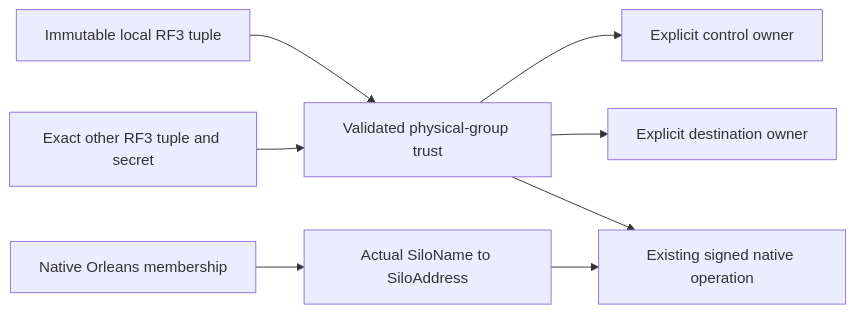
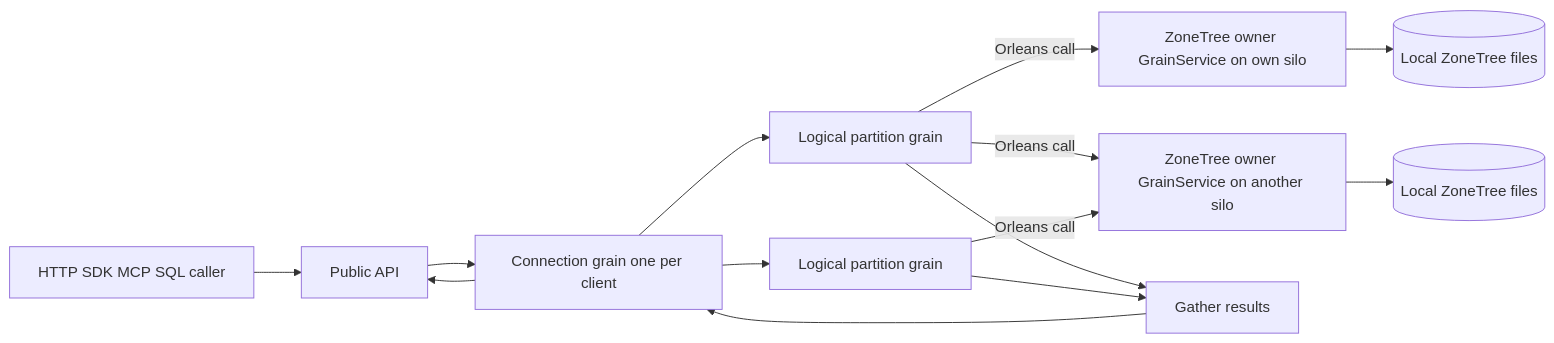
Before and after one commit to managedcode/KeyLoad: the diagram in docs/Features/ClusterRouting.md, drawn with Mermaid. The commit also changed other lines of this file and 7356 other files, not shown here.

First line of the commit message:
Replace custom consensus with native Orleans storage services

````diff
--- a/docs/Features/ClusterRouting.md
+++ b/docs/Features/ClusterRouting.md
@@ -639,10 +29,16 @@
 ```mermaid
 flowchart LR
-    Local[Immutable local RF3 tuple] --> Trust[Validated physical-group trust]
-    Foreign[Exact other RF3 tuple and secret] --> Trust
-    Trust --> Control[Explicit control owner]
-    Trust --> Destination[Explicit destination owner]
-    Native[Native Orleans membership] --> Address[Actual SiloName to SiloAddress]
-    Address --> Call[Existing signed native operation]
-    Trust --> Call
+    Caller[HTTP SDK MCP SQL caller] --> Api[Public API]
+    Api --> Connection[Connection grain one per client]
+    Connection --> PartitionA[Logical partition grain]
+    Connection --> PartitionB[Logical partition grain]
+    PartitionA -->|Orleans call| OwnerLocal[ZoneTree owner GrainService on own silo]
+    PartitionA -->|Orleans call| OwnerRemote[ZoneTree owner GrainService on another silo]
+    PartitionB -->|Orleans call| OwnerRemote
+    OwnerLocal --> FilesLocal[(Local ZoneTree files)]
+    OwnerRemote --> FilesRemote[(Local ZoneTree files)]
+    PartitionA --> Gather[Gather results]
+    PartitionB --> Gather
+    Gather --> Connection
+    Connection --> Api
 ```
````
